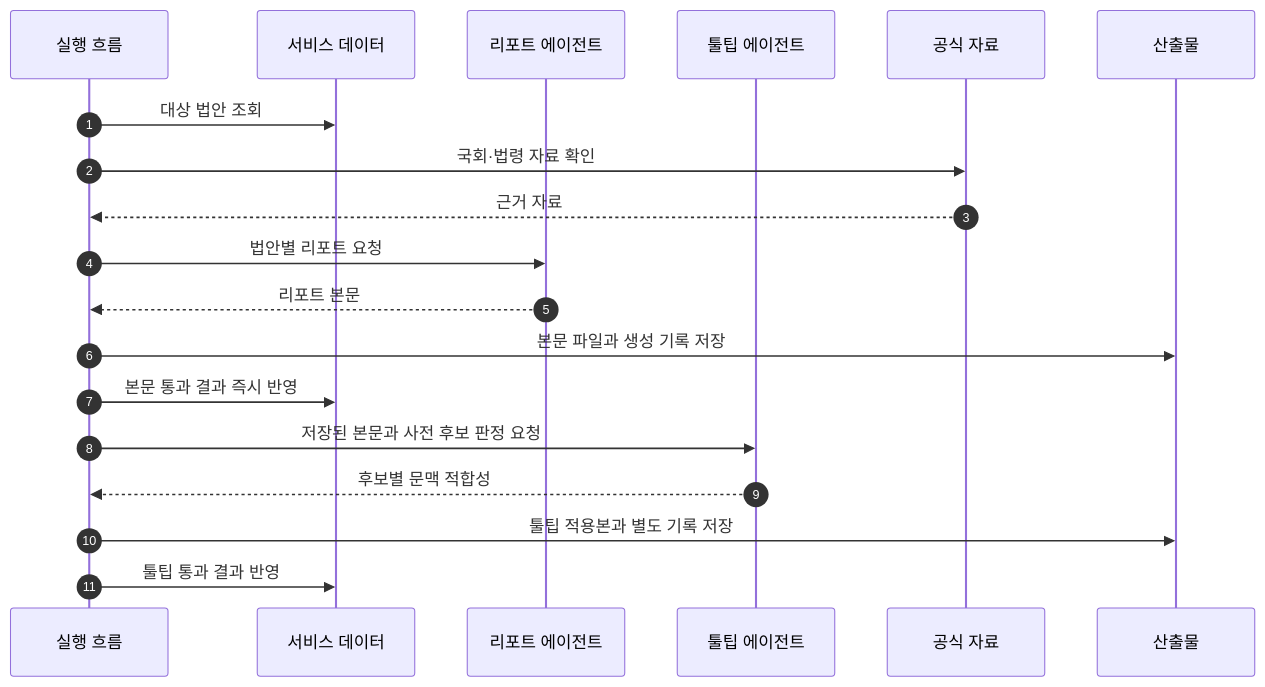
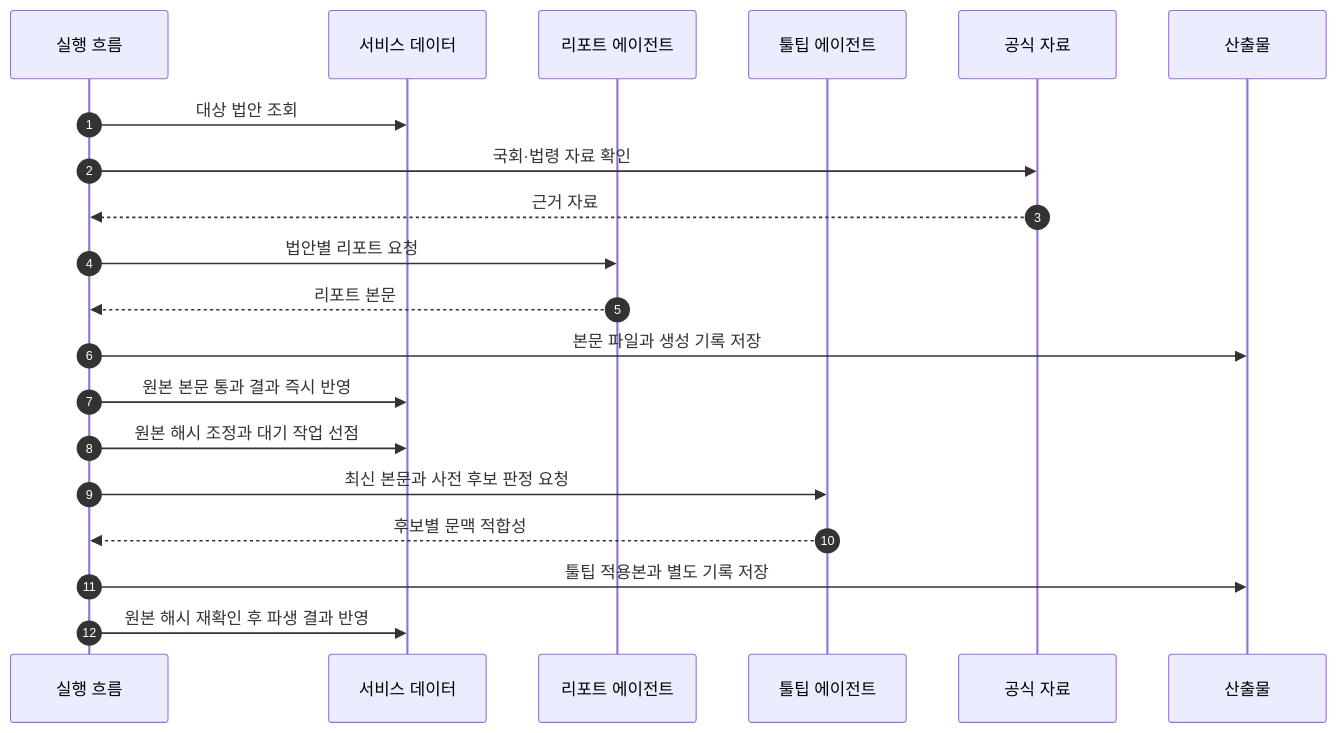
The second of 2 diagrams in .cluedoc/ai-intelligence/agentic-bill-report/README.md (LawDigest/LawDigest), drawn with Mermaid before and after one commit. The commit also changed other lines of this file and 11 other files, not shown here.

````diff
--- a/.cluedoc/ai-intelligence/agentic-bill-report/README.md
+++ b/.cluedoc/ai-intelligence/agentic-bill-report/README.md
@@ -46,21 +52,22 @@
 ```mermaid
 sequenceDiagram
     autonumber
     participant Runtime as 실행 흐름
     participant Store as 서비스 데이터
     participant ReportAgent as 리포트 에이전트
     participant TooltipAgent as 툴팁 에이전트
     participant Sources as 공식 자료
     participant Output as 산출물
     Runtime->>Store: 대상 법안 조회
     Runtime->>Sources: 국회·법령 자료 확인
     Sources-->>Runtime: 근거 자료
     Runtime->>ReportAgent: 법안별 리포트 요청
     ReportAgent-->>Runtime: 리포트 본문
     Runtime->>Output: 본문 파일과 생성 기록 저장
-    Runtime->>Store: 본문 통과 결과 즉시 반영
-    Runtime->>TooltipAgent: 저장된 본문과 사전 후보 판정 요청
+    Runtime->>Store: 원본 본문 통과 결과 즉시 반영
+    Runtime->>Store: 원본 해시 조정과 대기 작업 선점
+    Runtime->>TooltipAgent: 최신 본문과 사전 후보 판정 요청
     TooltipAgent-->>Runtime: 후보별 문맥 적합성
     Runtime->>Output: 툴팁 적용본과 별도 기록 저장
-    Runtime->>Store: 툴팁 통과 결과 반영
+    Runtime->>Store: 원본 해시 재확인 후 파생 결과 반영
 ```
````
